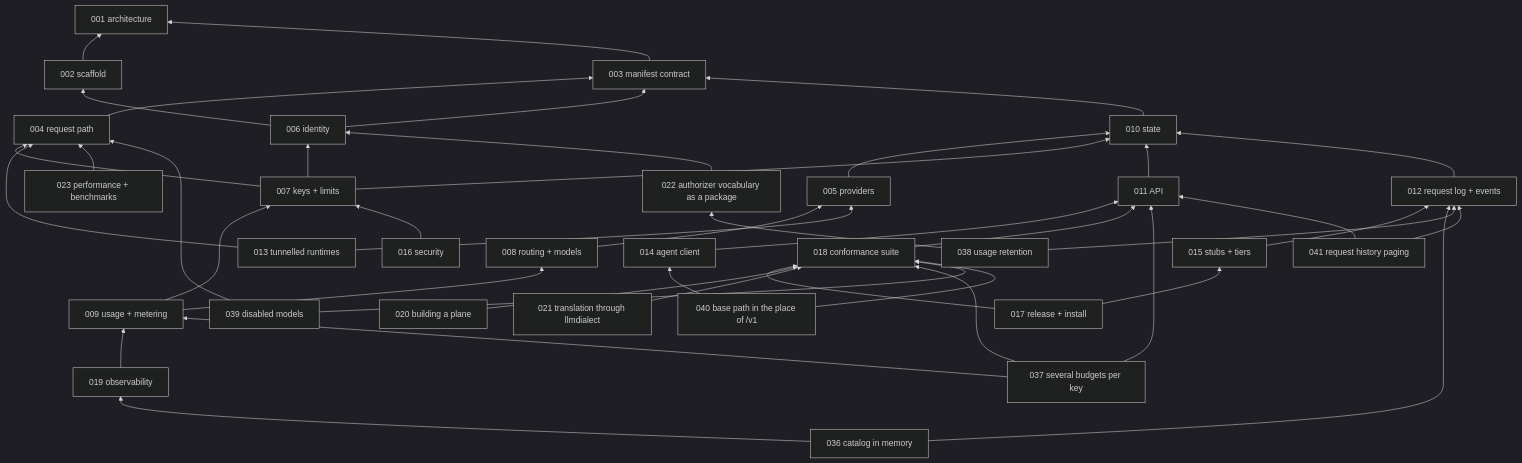
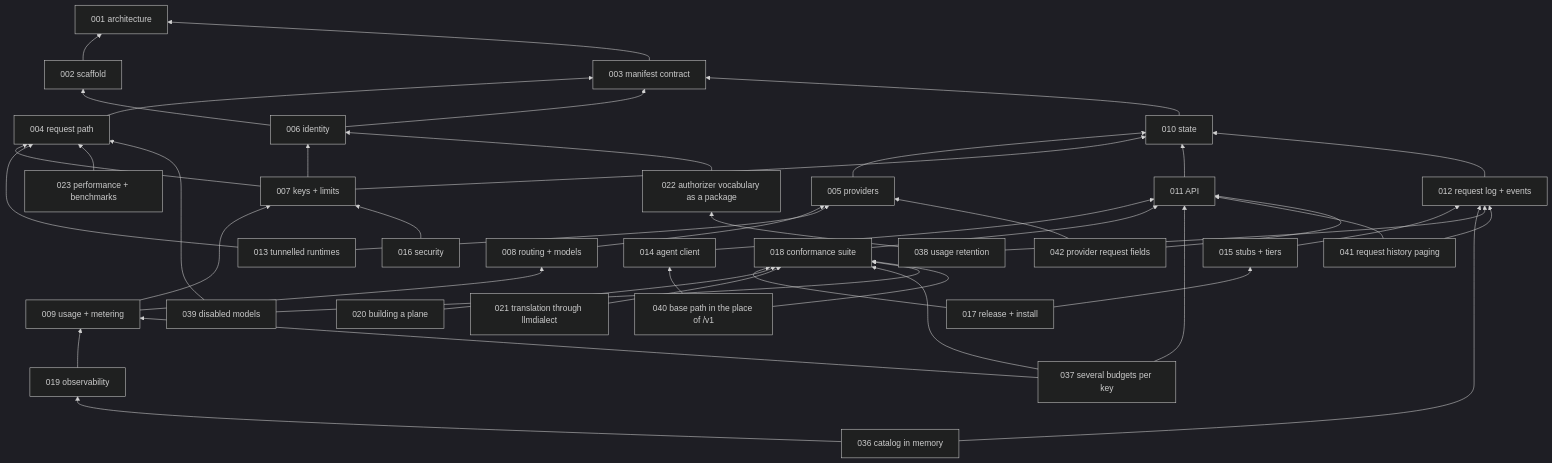
The second of 2 diagrams in specs/README.md (latere-ai/lux), drawn with Mermaid (dark theme) before and after one commit. The commit also changed other lines of this file and 5 other files, not shown here.

Commit message:
specs: 042's outcome, and 003, 004, 013, and 016 name requestFields where the provider fields, the outbound request, and the threats are

````diff
--- a/specs/README.md
+++ b/specs/README.md
@@ -105,73 +106,76 @@
 ```mermaid
 flowchart BT
   S001[001 architecture]
   S002[002 scaffold]
   S003[003 manifest contract]
   S004[004 request path]
   S005[005 providers]
   S006[006 identity]
   S007[007 keys + limits]
   S008[008 routing + models]
   S009[009 usage + metering]
   S010[010 state]
   S011[011 API]
   S012[012 request log + events]
   S013[013 tunnelled runtimes]
   S014[014 agent client]
   S015[015 stubs + tiers]
   S016[016 security]
   S017[017 release + install]
   S018[018 conformance suite]
   S019[019 observability]
   S020[020 building a plane]
   S021[021 translation through llmdialect]
   S022[022 authorizer vocabulary as a package]
   S023[023 performance + benchmarks]
   S036[036 catalog in memory]
   S037[037 several budgets per key]
   S038[038 usage retention]
   S039[039 disabled models]
   S040[040 base path in the place of /v1]
   S041[041 request history paging]
+  S042[042 provider request fields]
   S002 --> S001
   S003 --> S001
   S004 --> S003
   S005 --> S010
   S006 --> S002
   S006 --> S003
   S007 --> S004
   S007 --> S006
   S007 --> S010
   S008 --> S005
   S009 --> S007
   S009 --> S008
   S010 --> S003
   S011 --> S010
   S012 --> S010
   S013 --> S004
   S013 --> S005
   S014 --> S011
   S015 --> S012
   S016 --> S007
   S017 --> S015
   S017 --> S018
   S018 --> S011
   S019 --> S009
   S020 --> S018
   S021 --> S018
   S022 --> S006
   S023 --> S004
   S036 --> S012
   S036 --> S019
   S037 --> S009
   S037 --> S011
   S037 --> S018
   S038 --> S012
   S038 --> S022
   S039 --> S004
   S039 --> S018
   S040 --> S014
   S040 --> S018
   S041 --> S011
   S041 --> S012
+  S042 --> S005
+  S042 --> S011
 ```
````
